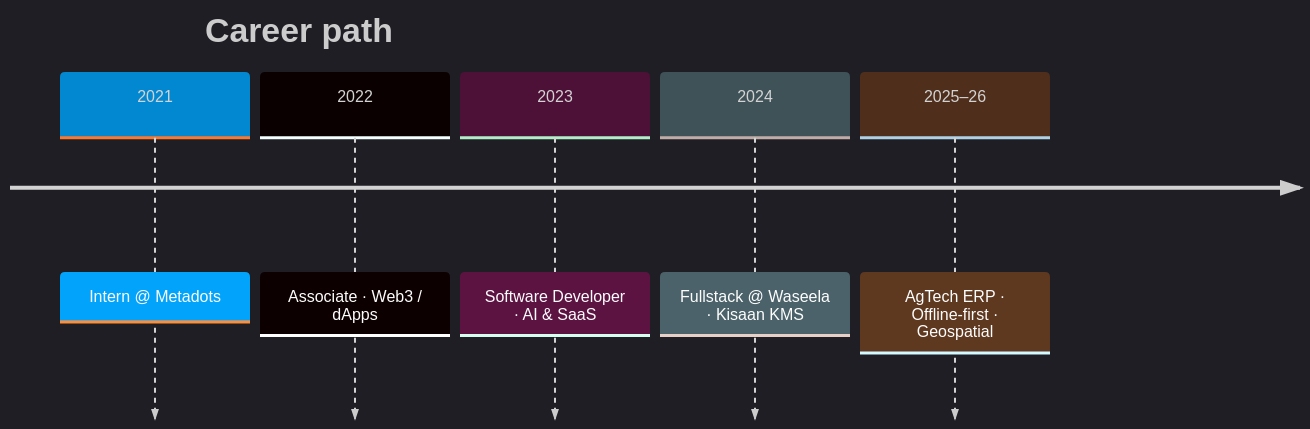
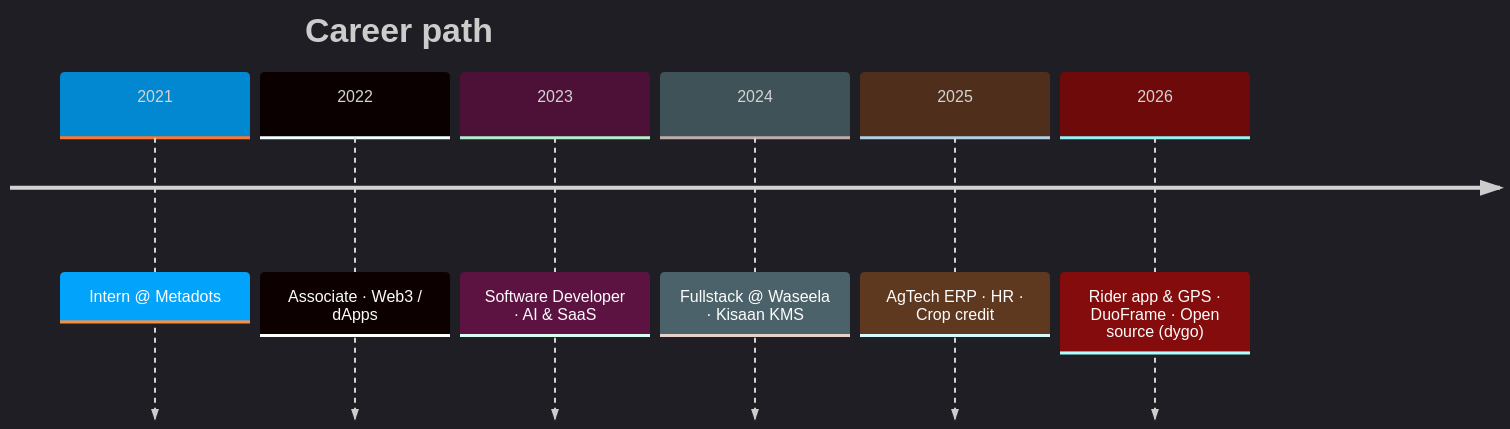
The diagram in README.md (SaadNiaziDev/SaadNiaziDev), drawn with Mermaid before and after one commit. The commit also changed other lines of this file, not shown here.

First line of the commit message:
feat: add DuoFrame, rider app, Cadence and dygo; use Fullstack Engineer title

````diff
--- a/README.md
+++ b/README.md
@@ -64,10 +65,11 @@
 ```mermaid
 %%{init: {'theme': 'dark', 'themeVariables': { 'primaryColor': '#0288D1', 'primaryTextColor': '#fff', 'primaryBorderColor': '#4FC3F7', 'lineColor': '#FF8F00', 'secondaryColor': '#00897B', 'tertiaryColor': '#0D1117'}}}%%
 timeline
     title Career path
     2021 : Intern @ Metadots
     2022 : Associate · Web3 / dApps
     2023 : Software Developer · AI & SaaS
     2024 : Fullstack @ Waseela · Kisaan KMS
-    2025–26 : AgTech ERP · Offline-first · Geospatial
+    2025 : AgTech ERP · HR · Crop credit
+    2026 : Rider app & GPS · DuoFrame · Open source (dygo)
 ```
````
